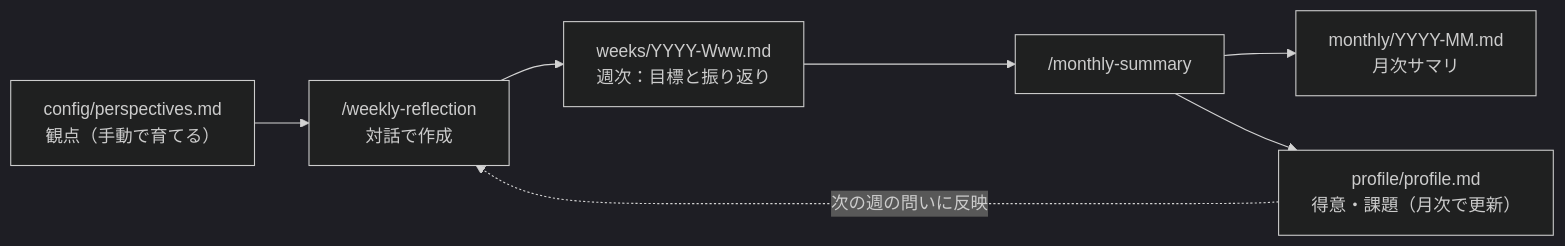
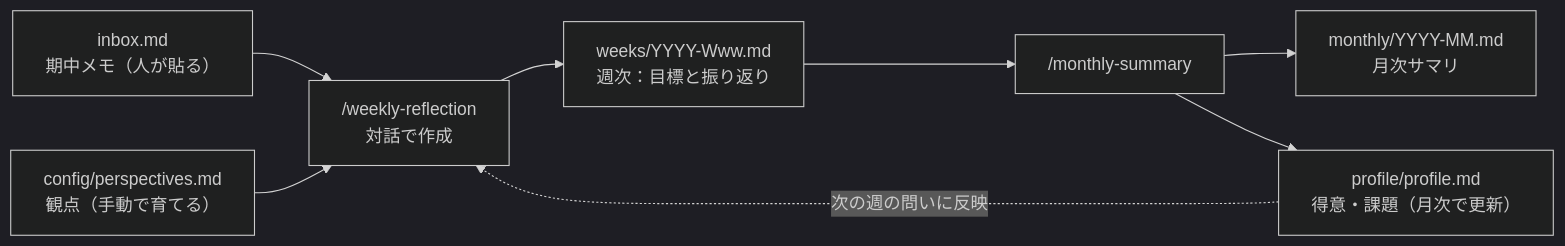
One commit to noboruware/reflection_kit changed the diagram in README.md. Above: the diagram before and after it, drawn with Mermaid (dark theme). The commit also changed other lines of this file and 3 other files, not shown here.

First line of the commit message:
期中メモ(inbox.md)を追加し、weekly-reflection から参照するよう変更

````diff
--- a/README.md
+++ b/README.md
@@ -20,14 +20,15 @@
 ```mermaid
 flowchart LR
     P["config/perspectives.md<br/>観点（手動で育てる）"]
     W["weeks/YYYY-Www.md<br/>週次：目標と振り返り"]
     M["monthly/YYYY-MM.md<br/>月次サマリ"]
     PR["profile/profile.md<br/>得意・課題（月次で更新）"]
 
+    I["inbox.md<br/>期中メモ（人が貼る）"] --> S1
     P --> S1
     S1["/weekly-reflection<br/>対話で作成"] --> W
     W --> S2["/monthly-summary"]
     S2 --> M
     S2 --> PR
     PR -. 次の週の問いに反映 .-> S1
 ```
````
